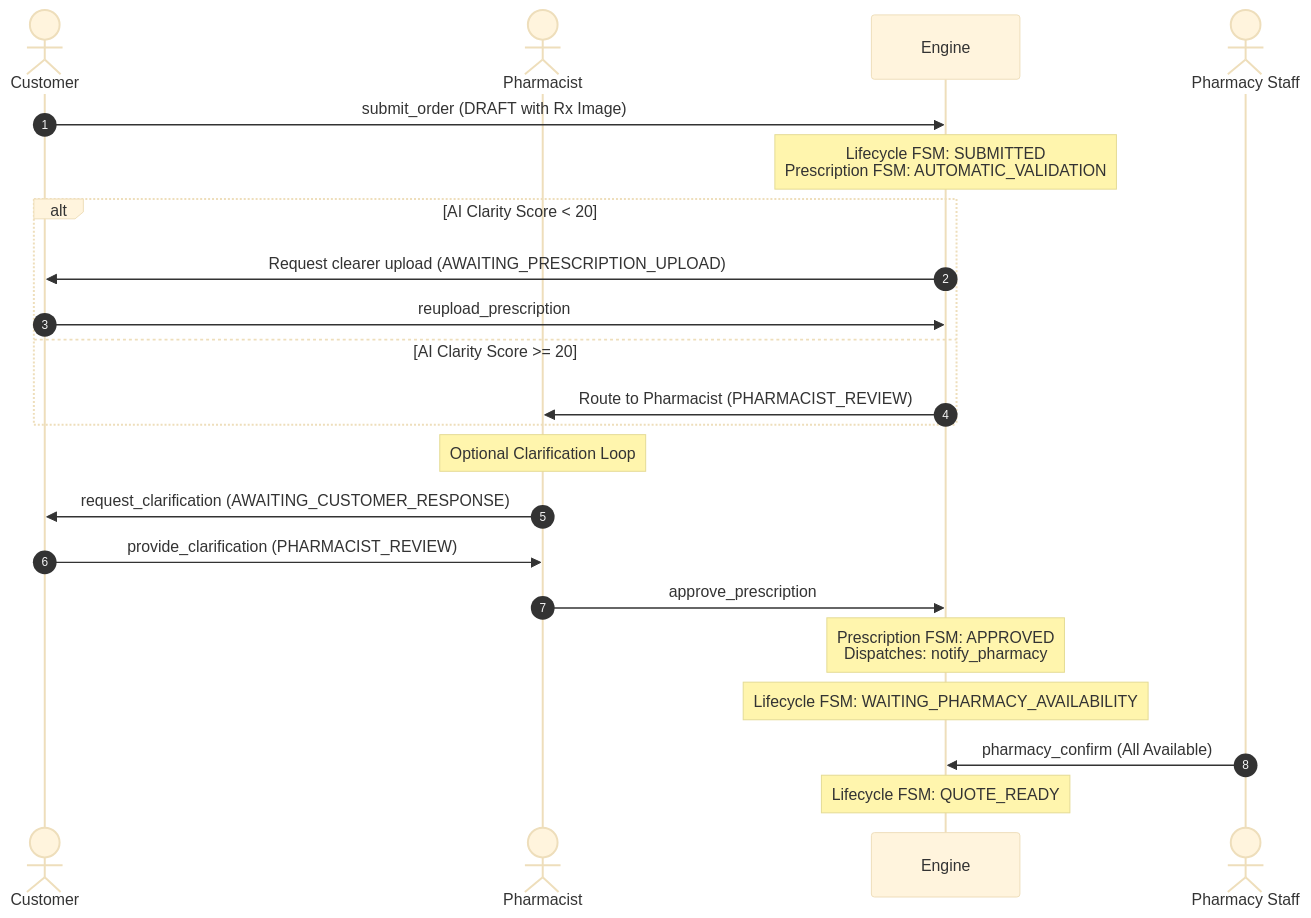
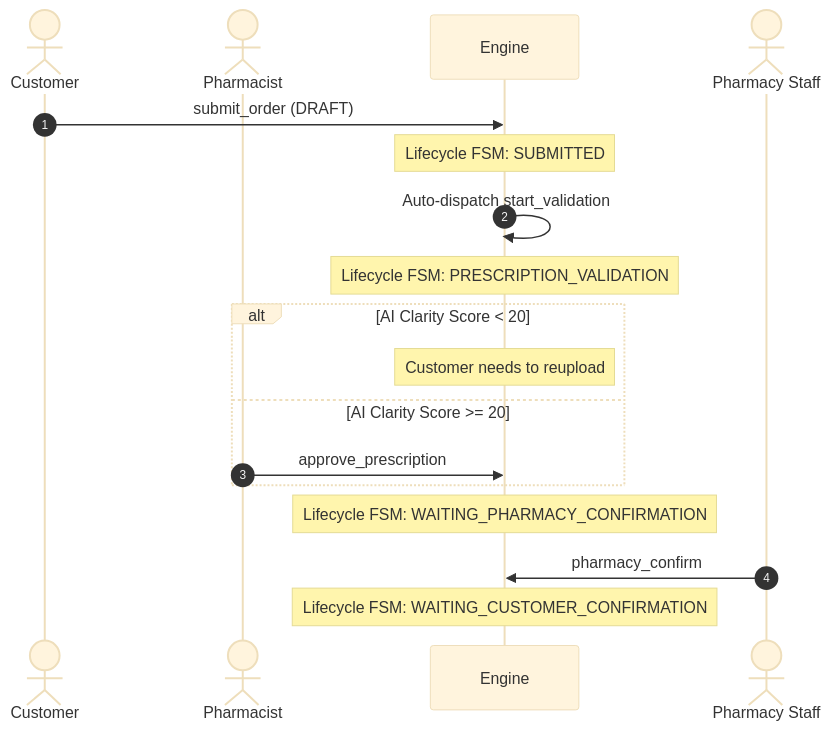
The third of 3 diagrams in docs/order_scenarios_guide.md (s-samarawickrama/order-state-machine-demo), drawn with Mermaid (base theme) before and after one commit. The commit also changed other lines of this file and 12 other files, not shown here.

Commit message:
feat: migrate system to 2-FSM architecture with corrected payment flow and customer confirms label

````diff
--- a/docs/order_scenarios_guide.md
+++ b/docs/order_scenarios_guide.md
@@ -64,25 +53,21 @@
 ```mermaid
 sequenceDiagram
     autonumber
     actor Customer
     actor Pharmacist
     participant Engine
     actor Staff as Pharmacy Staff
 
-    Customer->>Engine: submit_order (DRAFT with Rx Image)
-    Note over Engine: Lifecycle FSM: SUBMITTED<br/>Prescription FSM: AUTOMATIC_VALIDATION
+    Customer->>Engine: submit_order (DRAFT)
+    Note over Engine: Lifecycle FSM: SUBMITTED
+    Engine->>Engine: Auto-dispatch start_validation
+    Note over Engine: Lifecycle FSM: PRESCRIPTION_VALIDATION
     alt AI Clarity Score < 20
-        Engine->>Customer: Request clearer upload (AWAITING_PRESCRIPTION_UPLOAD)
-        Customer->>Engine: reupload_prescription
+        Note over Engine: Customer needs to reupload
     else AI Clarity Score >= 20
-        Engine->>Pharmacist: Route to Pharmacist (PHARMACIST_REVIEW)
+        Pharmacist->>Engine: approve_prescription
     end
-    Note over Pharmacist: Optional Clarification Loop
-    Pharmacist->>Customer: request_clarification (AWAITING_CUSTOMER_RESPONSE)
-    Customer->>Pharmacist: provide_clarification (PHARMACIST_REVIEW)
-    Pharmacist->>Engine: approve_prescription
-    Note over Engine: Prescription FSM: APPROVED<br/>Dispatches: notify_pharmacy
-    Note over Engine: Lifecycle FSM: WAITING_PHARMACY_AVAILABILITY
-    Staff->>Engine: pharmacy_confirm (All Available)
-    Note over Engine: Lifecycle FSM: QUOTE_READY
+    Note over Engine: Lifecycle FSM: WAITING_PHARMACY_CONFIRMATION
+    Staff->>Engine: pharmacy_confirm
+    Note over Engine: Lifecycle FSM: WAITING_CUSTOMER_CONFIRMATION
 ```
````
